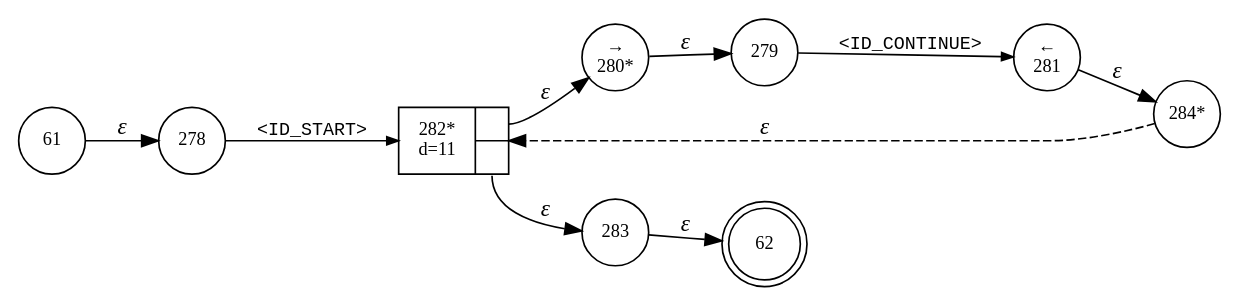
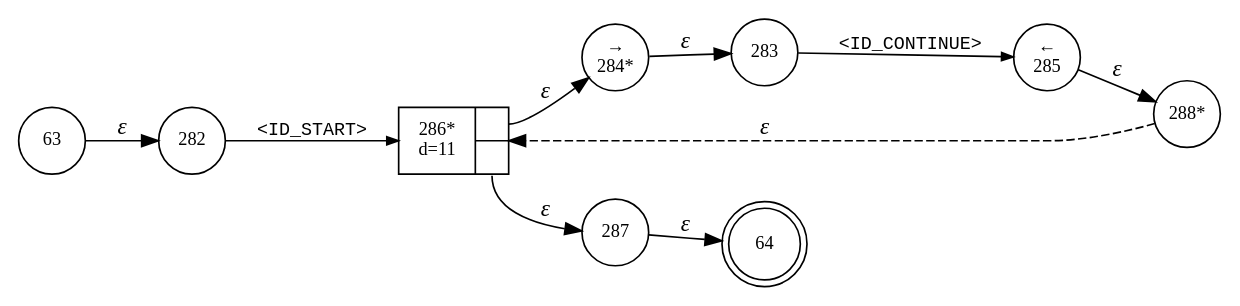
The diagram in internal/parser/BundLexer.NAME.dot (vulogov/Bund-old), drawn with Graphviz before and after one commit. The commit also changed 169 other files, not shown here.

```diff
--- a/internal/parser/BundLexer.NAME.dot
+++ b/internal/parser/BundLexer.NAME.dot
@@ -1,21 +1,21 @@
 digraph ATN {
 rankdir=LR;
-s62[fontsize=11, label="62", shape=doublecircle, fixedsize=true, width=.6];
-s278[fontsize=11,label="278", shape=circle, fixedsize=true, width=.55, peripheries=1];
-s279[fontsize=11,label="279", shape=circle, fixedsize=true, width=.55, peripheries=1];
-s280[fontsize=11,label="&rarr;\n280*", shape=circle, fixedsize=true, width=.55, peripheries=1];
-s281[fontsize=11,label="&larr;\n281", shape=circle, fixedsize=true, width=.55, peripheries=1];
-s282[fontsize=11,label="{282*\nd=11|{<p0>|<p1>}}", shape=record, fixedsize=false, peripheries=1];
+s64[fontsize=11, label="64", shape=doublecircle, fixedsize=true, width=.6];
+s288[fontsize=11,label="288*", shape=circle, fixedsize=true, width=.55, peripheries=1];
+s282[fontsize=11,label="282", shape=circle, fixedsize=true, width=.55, peripheries=1];
 s283[fontsize=11,label="283", shape=circle, fixedsize=true, width=.55, peripheries=1];
-s284[fontsize=11,label="284*", shape=circle, fixedsize=true, width=.55, peripheries=1];
-s61[fontsize=11,label="61", shape=circle, fixedsize=true, width=.55, peripheries=1];
-s61 -> s278 [fontname="Times-Italic", label="&epsilon;"];
-s278 -> s282 [fontsize=11, fontname="Courier", arrowsize=.7, label = "<ID_START>", arrowhead = normal];
-s282:p0 -> s280 [fontname="Times-Italic", label="&epsilon;"];
-s282:p1 -> s283 [fontname="Times-Italic", label="&epsilon;"];
-s280 -> s279 [fontname="Times-Italic", label="&epsilon;"];
-s283 -> s62 [fontname="Times-Italic", label="&epsilon;"];
-s279 -> s281 [fontsize=11, fontname="Courier", arrowsize=.7, label = "<ID_CONTINUE>", arrowhead = normal];
-s281 -> s284 [fontname="Times-Italic", label="&epsilon;"];
-s284 -> s282 [fontname="Times-Italic", label="&epsilon;", style="dashed"];
+s284[fontsize=11,label="&rarr;\n284*", shape=circle, fixedsize=true, width=.55, peripheries=1];
+s285[fontsize=11,label="&larr;\n285", shape=circle, fixedsize=true, width=.55, peripheries=1];
+s286[fontsize=11,label="{286*\nd=11|{<p0>|<p1>}}", shape=record, fixedsize=false, peripheries=1];
+s63[fontsize=11,label="63", shape=circle, fixedsize=true, width=.55, peripheries=1];
+s287[fontsize=11,label="287", shape=circle, fixedsize=true, width=.55, peripheries=1];
+s63 -> s282 [fontname="Times-Italic", label="&epsilon;"];
+s282 -> s286 [fontsize=11, fontname="Courier", arrowsize=.7, label = "<ID_START>", arrowhead = normal];
+s286:p0 -> s284 [fontname="Times-Italic", label="&epsilon;"];
+s286:p1 -> s287 [fontname="Times-Italic", label="&epsilon;"];
+s284 -> s283 [fontname="Times-Italic", label="&epsilon;"];
+s287 -> s64 [fontname="Times-Italic", label="&epsilon;"];
+s283 -> s285 [fontsize=11, fontname="Courier", arrowsize=.7, label = "<ID_CONTINUE>", arrowhead = normal];
+s285 -> s288 [fontname="Times-Italic", label="&epsilon;"];
+s288 -> s286 [fontname="Times-Italic", label="&epsilon;", style="dashed"];
 }
```
